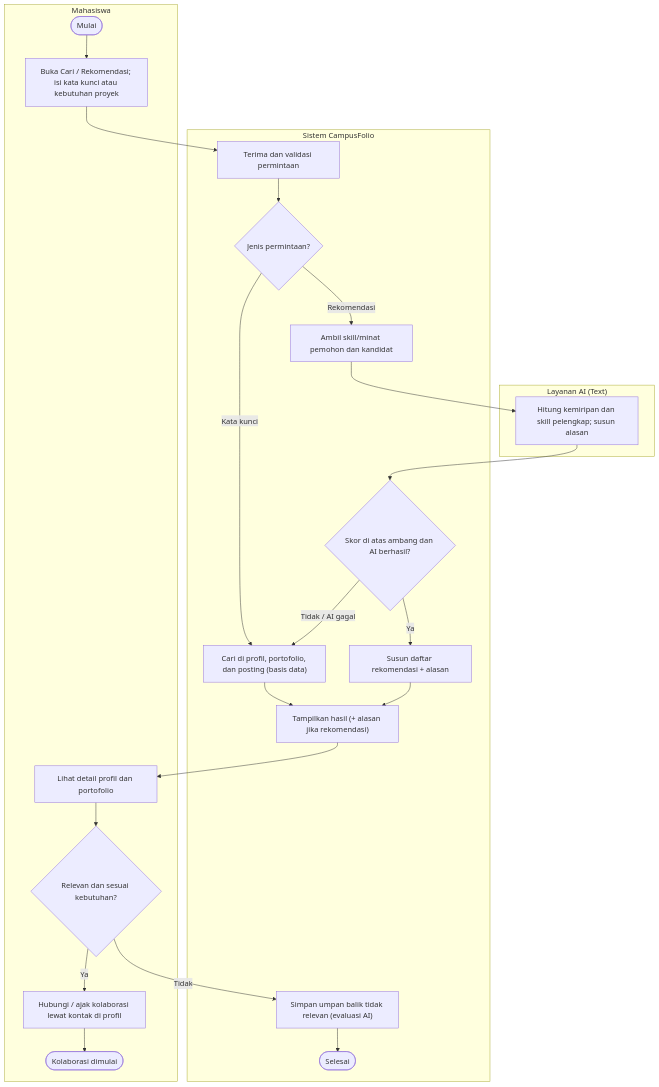
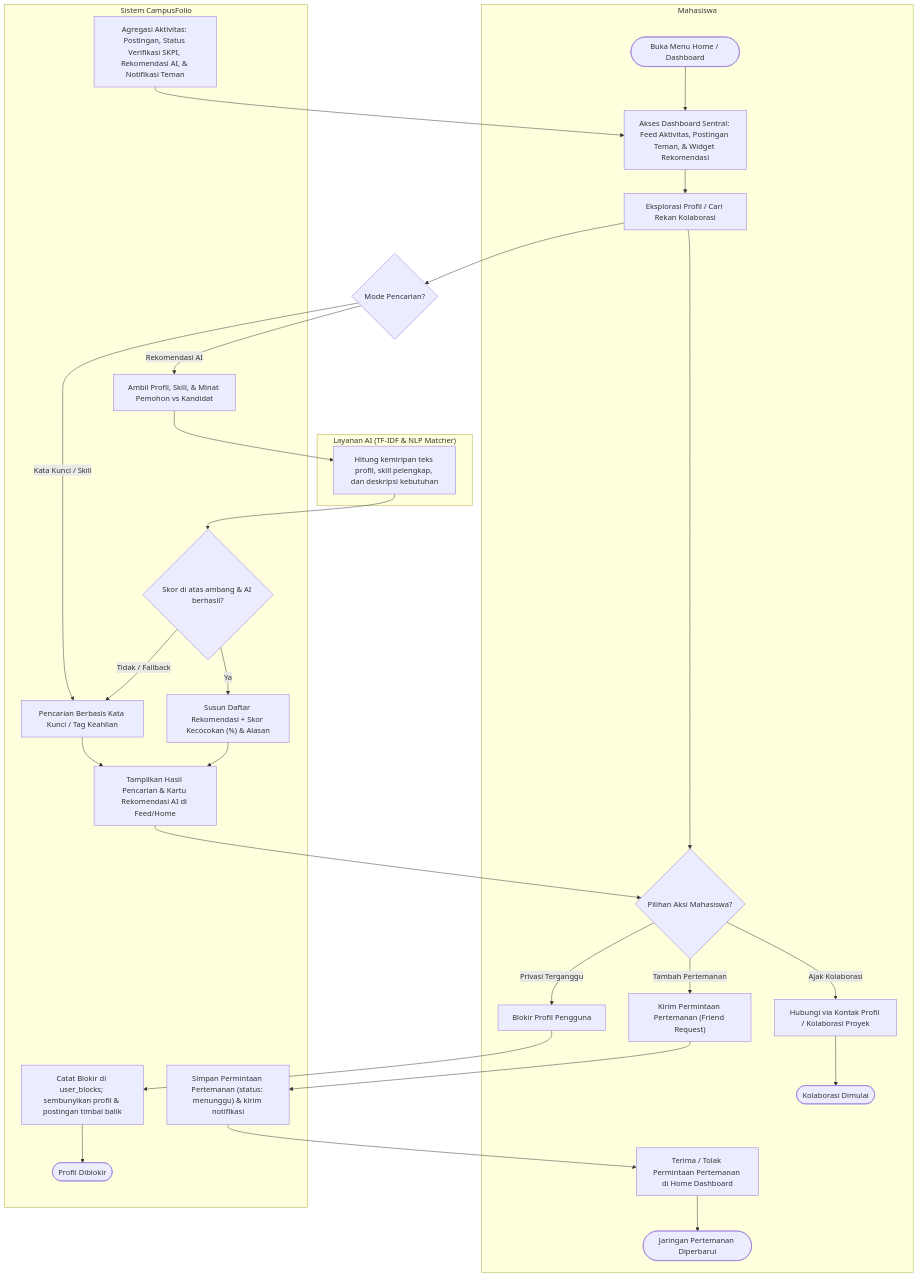
The diagram in docs/diagrams/mermaid/activity-pencarian-rekomendasi.mmd (rifqiArdiansyah1/campus-social-media-portofolio-team3), drawn with Mermaid before and after one commit. The commit also changed 22 other files, not shown here.

Commit message:
feat(architecture): apply client revisions for role moderator, friendship, portfolio SKPI, blocking, moderation, and home hub

```diff
--- a/docs/diagrams/mermaid/activity-pencarian-rekomendasi.mmd
+++ b/docs/diagrams/mermaid/activity-pencarian-rekomendasi.mmd
@@ -1,28 +1,41 @@
 flowchart TB
     subgraph MHS["Mahasiswa"]
-        M0(["Mulai"]) --> M1["Buka Cari / Rekomendasi; isi kata kunci atau kebutuhan proyek"]
-        M2["Lihat detail profil dan portofolio"] --> D3{"Relevan dan sesuai kebutuhan?"}
-        M3["Hubungi / ajak kolaborasi lewat kontak di profil"] --> MF1(["Kolaborasi dimulai"])
+        M0(["Buka Menu Home / Dashboard"]) --> M_DASH["Akses Dashboard Sentral: Feed Aktivitas, Postingan Teman, & Widget Rekomendasi"]
+        M_DASH --> M1["Eksplorasi Profil / Cari Rekan Kolaborasi"]
+        M1 --> D_ACT{"Pilihan Aksi Mahasiswa?"}
+        
+        %% Cabang Pertemanan
+        D_ACT -- "Tambah Pertemanan" --> M_FR["Kirim Permintaan Pertemanan (Friend Request)"]
+        D_ACT -- "Privasi Terganggu" --> M_BLK["Blokir Profil Pengguna"]
+        
+        %% Cabang Kolaborasi
+        D_ACT -- "Ajak Kolaborasi" --> M_KOLAB["Hubungi via Kontak Profil / Kolaborasi Proyek"] --> MF1(["Kolaborasi Dimulai"])
+        
+        M_ACC["Terima / Tolak Permintaan Pertemanan di Home Dashboard"] --> MF_FR(["Jaringan Pertemanan Diperbarui"])
     end
+
     subgraph SIS["Sistem CampusFolio"]
-        S1["Terima dan validasi permintaan"] --> D1{"Jenis permintaan?"}
-        S2["Cari di profil, portofolio, dan posting (basis data)"]
-        S3["Ambil skill/minat pemohon dan kandidat"]
-        D2{"Skor di atas ambang dan AI berhasil?"}
-        S4["Susun daftar rekomendasi + alasan"]
-        S5["Tampilkan hasil (+ alasan jika rekomendasi)"]
-        S6["Simpan umpan balik tidak relevan (evaluasi AI)"] --> MF2(["Selesai"])
+        S_HOME["Agregasi Aktivitas: Postingan, Status Verifikasi SKPI, Rekomendasi AI, & Notifikasi Teman"] --> M_DASH
+        S_REQ["Simpan Permintaan Pertemanan (status: menunggu) & kirim notifikasi"] --> M_ACC
+        S_BLK["Catat Blokir di user_blocks; sembunyikan profil & postingan timbal balik"] --> MF_BLK(["Profil Diblokir"])
+        
+        S_SEARCH["Pencarian Berbasis Kata Kunci / Tag Keahlian"]
+        S_AI_FETCH["Ambil Profil, Skill, & Minat Pemohon vs Kandidat"]
+        D2{"Skor di atas ambang & AI berhasil?"}
+        S_REC_OUT["Susun Daftar Rekomendasi + Skor Kecocokan (%) & Alasan"]
+        S_SHOW["Tampilkan Hasil Pencarian & Kartu Rekomendasi AI di Feed/Home"]
     end
-    subgraph AIL["Layanan AI (Text)"]
-        A1["Hitung kemiripan dan skill pelengkap; susun alasan"]
+
+    subgraph AIL["Layanan AI (TF-IDF & NLP Matcher)"]
+        A1["Hitung kemiripan teks profil, skill pelengkap, dan deskripsi kebutuhan"]
     end
-    M1 --> S1
-    D1 -- "Kata kunci" --> S2
-    D1 -- "Rekomendasi" --> S3 --> A1 --> D2
-    D2 -- "Ya" --> S4
-    D2 -- "Tidak / AI gagal" --> S2
-    S2 --> S5
-    S4 --> S5
-    S5 --> M2
-    D3 -- "Ya" --> M3
-    D3 -- "Tidak" --> S6
+
+    M1 --> SIS_IN{"Mode Pencarian?"}
+    SIS_IN -- "Kata Kunci / Skill" --> S_SEARCH --> S_SHOW
+    SIS_IN -- "Rekomendasi AI" --> S_AI_FETCH --> A1 --> D2
+    D2 -- "Ya" --> S_REC_OUT --> S_SHOW
+    D2 -- "Tidak / Fallback" --> S_SEARCH
+    
+    S_SHOW --> D_ACT
+    M_FR --> S_REQ
+    M_BLK --> S_BLK
```
